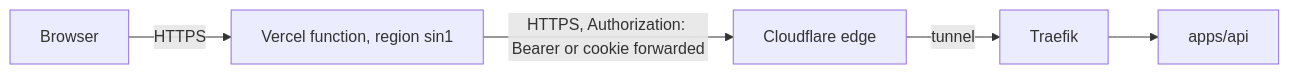
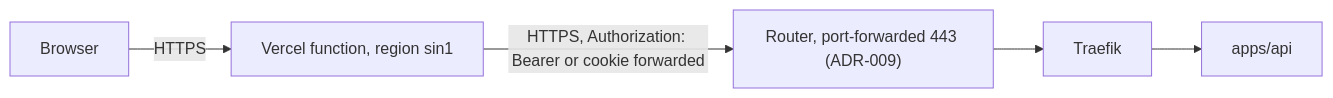
Before and after one commit to fuisl/vgu-graduation: the first of 2 diagrams in docs/architecture/target/traffic-paths.md, drawn with Mermaid. The commit also changed other lines of this file and 16 other files, not shown here.

````diff
--- a/docs/architecture/target/traffic-paths.md
+++ b/docs/architecture/target/traffic-paths.md
@@ -9,6 +9,5 @@
 ```mermaid
 flowchart LR
   B["Browser"] -- "HTTPS" --> V["Vercel function, region sin1"]
-  V -- "HTTPS, Authorization: Bearer or cookie forwarded" --> C["Cloudflare edge"]
-  C -- "tunnel" --> T["Traefik"] --> A["apps/api"]
+  V -- "HTTPS, Authorization: Bearer or cookie forwarded" --> R["Router, port-forwarded 443 (ADR-009)"] --> T["Traefik"] --> A["apps/api"]
 ```
````
